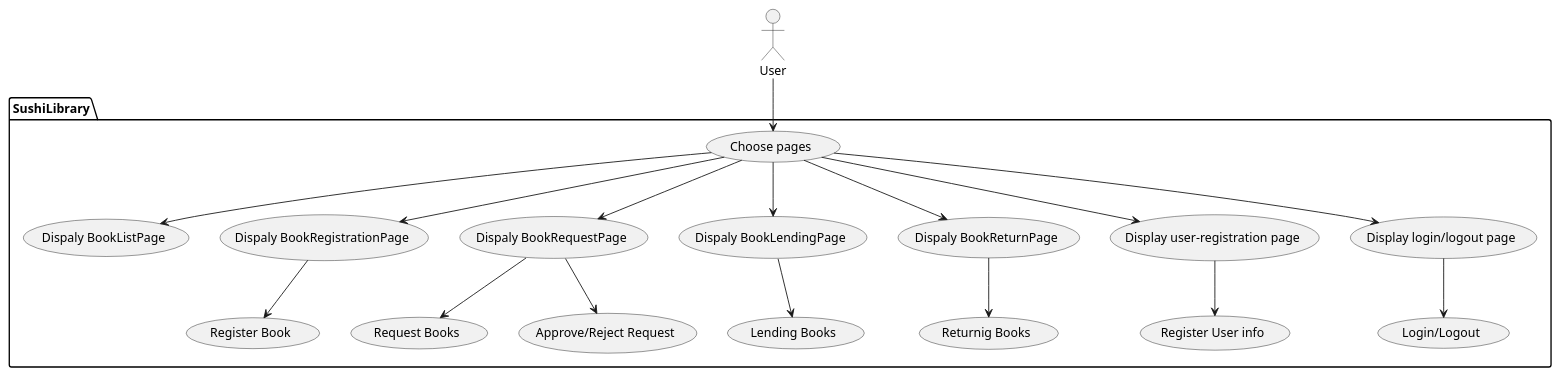
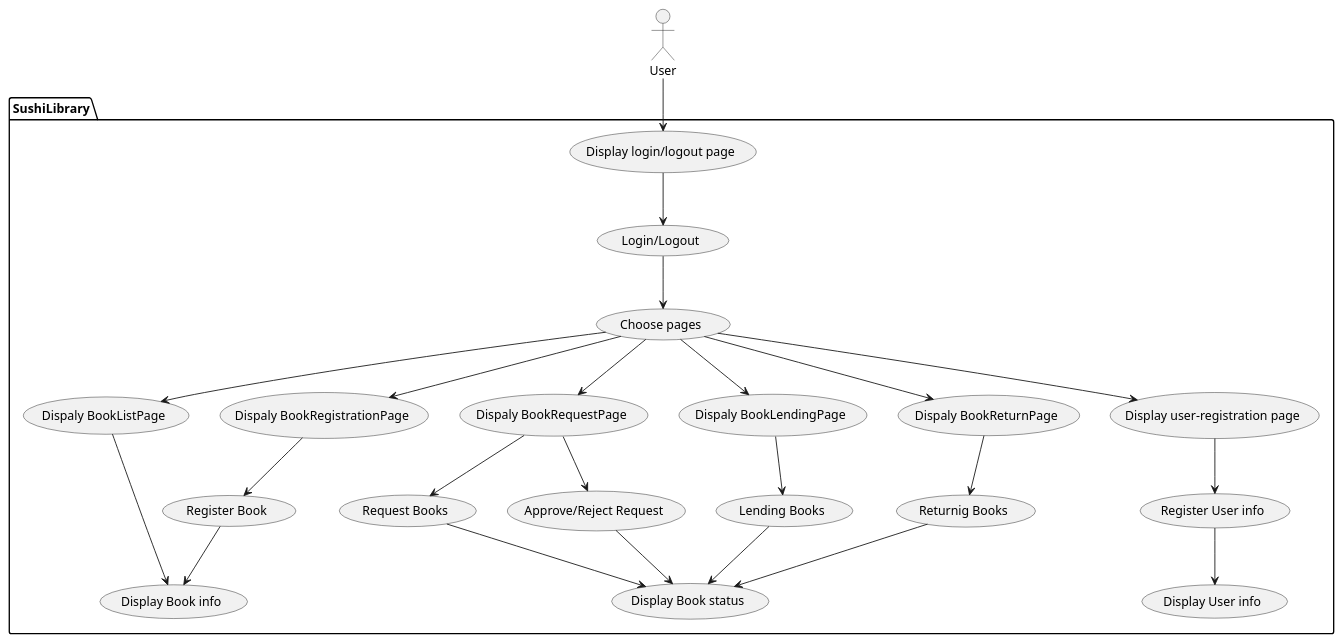
The diagram in docs/design/use-case.pu (naist-sushi/sushi-library), drawn with PlantUML before and after one commit. The commit also changed other lines of this file and 1 other file, not shown here.

```diff
--- a/docs/design/use-case.pu
+++ b/docs/design/use-case.pu
@@ -1,46 +1,71 @@
 @startuml
 
 actor User
 
 
 package SushiLibrary{
     "Choose pages" as (choose)
 
     "Dispaly BookListPage" as (DispBListP)
     "Dispaly BookRegistrationPage" as (DispBRegP)
     "Dispaly BookRequestPage" as (DispBReqP)
     "Dispaly BookLendingPage" as (DispBLendP)
     "Dispaly BookReturnPage" as (DispBRetP)
     "Display user-registration page" as (DispUserRegP)
     "Display login/logout page" as (DispLoginoutP)
 
     "Register User info" as (RegUser)
 
     "Register Book" as (RegB)
     "Lending Books" as (LendB)
     "Returnig Books" as (RetB)
     "Request Books" as (ReqB) 
     "Approve/Reject Request" as (AprvRejReq)
 
     "Login/Logout" as (Loginout)
+    "Display Book info" as (Book)
+    "Display User info" as (Userif)
+    "Display Book status" as (Books)
 }
 
-User --> choose
+User --> DispLoginoutP
 
+Loginout --> choose
 choose --> DispBListP
 choose --> DispBRegP
 choose --> DispBReqP
 choose --> DispBLendP
 choose --> DispBRetP
 choose --> DispUserRegP
-choose --> DispLoginoutP
+
 
 DispBRegP --> RegB
 DispBLendP --> LendB
 DispBRetP --> RetB
 DispBReqP --> ReqB
 DispBReqP --> AprvRejReq
 DispUserRegP --> RegUser
 DispLoginoutP --> Loginout
 
+RegUser --> Userif
+RegB --> Book
+DispBListP --> Book
+
+ReqB --> Books
+AprvRejReq --> Books
+LendB --> Books
+RetB --> Books
+
+
+
+
+
+
+
+
+
+
+
+
+
 @enduml
```
